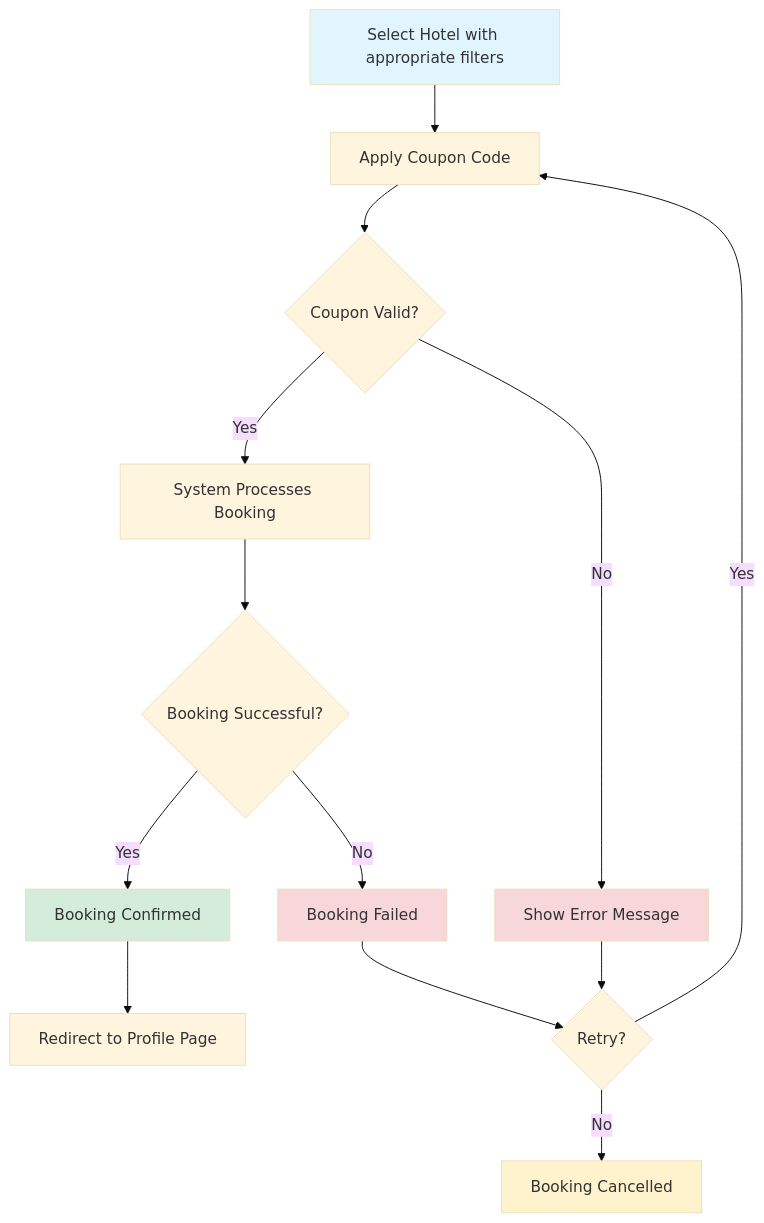
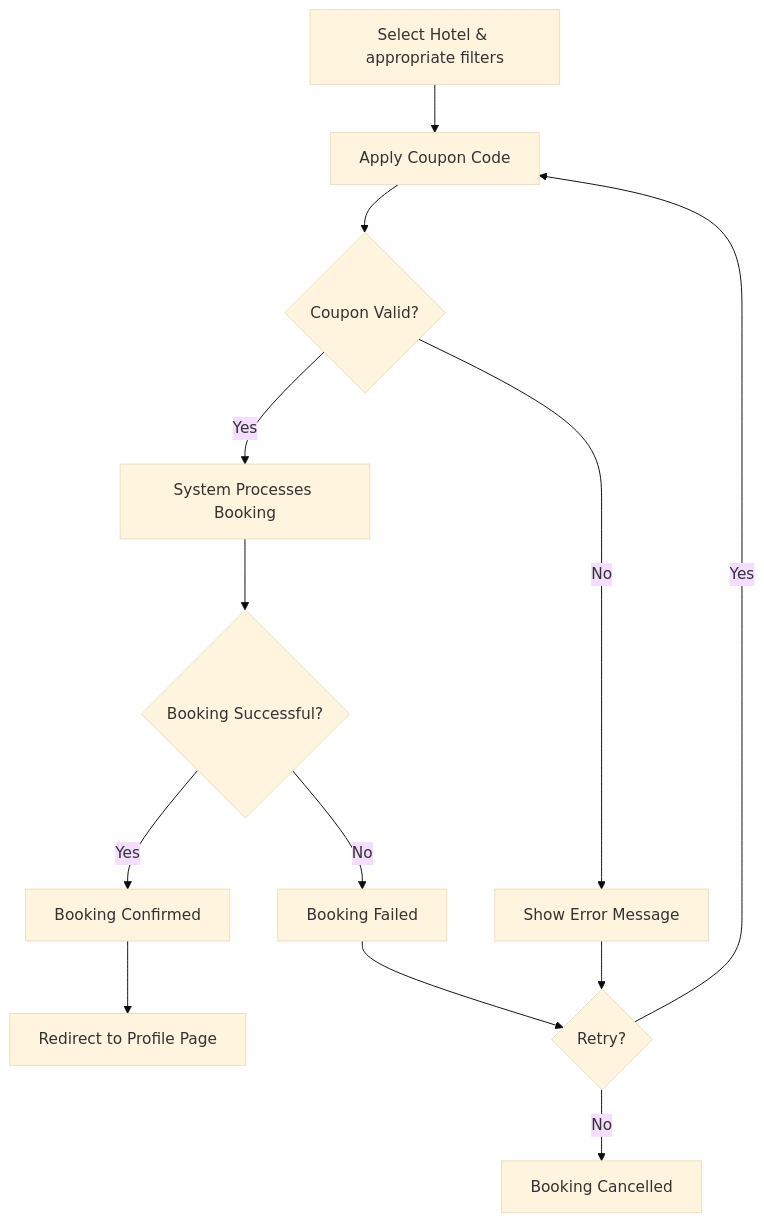
One commit to Khush-GKMIT/Hotel-Management-System-Docs changed the diagram in docs/functional.md. Above: the diagram before and after it, drawn with Mermaid (base theme). The commit also changed other lines of this file and 16 other files, not shown here.

````diff
--- a/docs/functional.md
+++ b/docs/functional.md
@@ -50,21 +48,15 @@
 ```mermaid
 flowchart TD
-    Start[Select Hotel with appropriate filters] --> Coupon[Apply Coupon Code]
+    Start[Select Hotel & appropriate filters] --> Coupon[Apply Coupon Code]
     Coupon --> Validate{Coupon Valid?}
     Validate -->|Yes| Process[System Processes Booking]
     Validate -->|No| Error[Show Error Message]
     Error --> Retry{Retry?}
     Retry -->|Yes| Coupon
     Retry -->|No| Cancel[Booking Cancelled]
     Process --> Confirm{Booking Successful?}
     Confirm -->|Yes| Success[Booking Confirmed]
     Confirm -->|No| Failed[Booking Failed]
     Success --> Profile[Redirect to Profile Page]
     Failed --> Retry
-    
-    style Start fill:#e1f5ff
-    style Success fill:#d4edda
-    style Error fill:#f8d7da
-    style Failed fill:#f8d7da
-    style Cancel fill:#fff3cd
 ```
````
